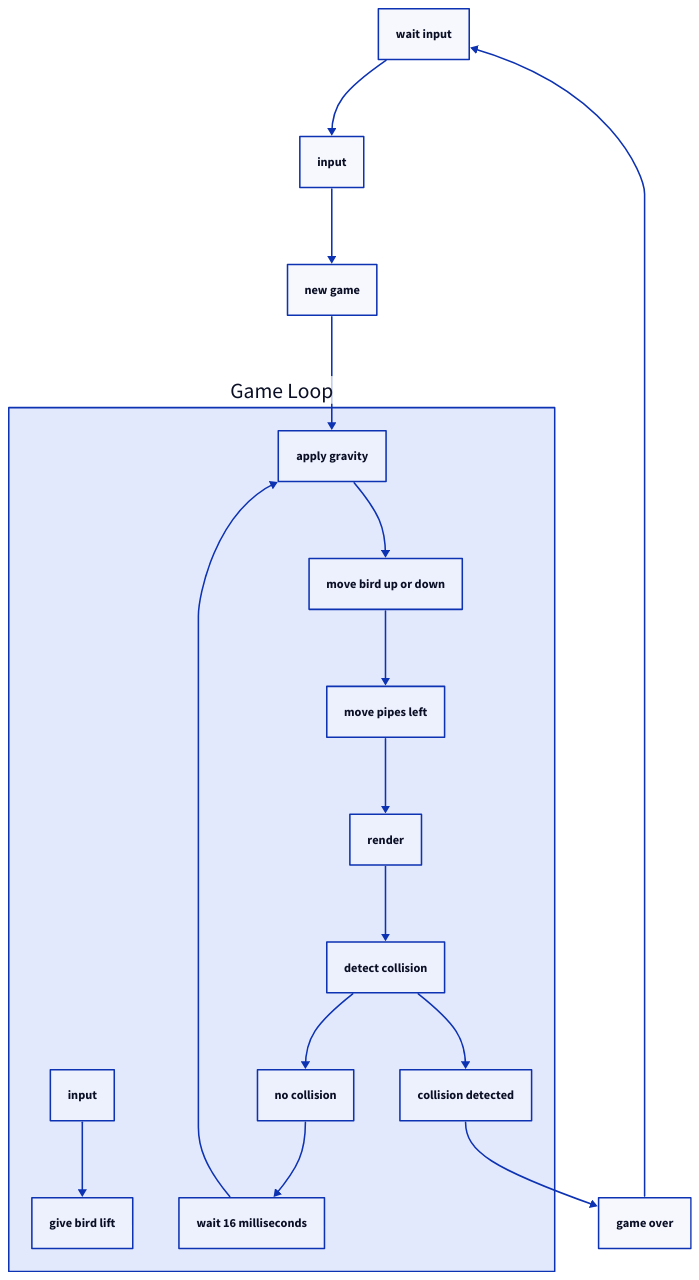
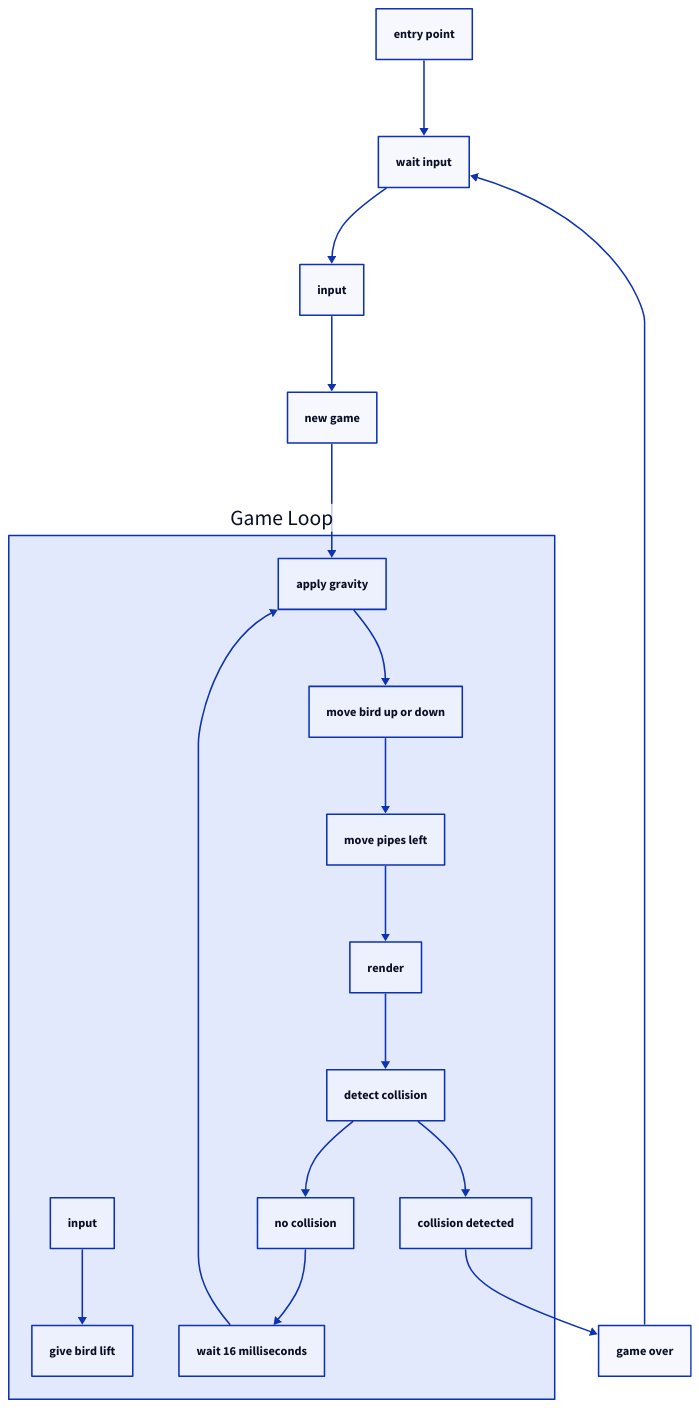
The diagram in pres/game-loop.d2 (nhooyr/flappybird), drawn with D2 before and after one commit. The commit also changed 6 other files, not shown here.

```diff
--- a/pres/game-loop.d2
+++ b/pres/game-loop.d2
@@ -1,15 +1,15 @@
 # This game loop is a simplified overview and inaccurate of certain
 # details of the actual game loop.
 
-wait input -> input -> new game -> Game Loop.apply gravity
+entry point -> wait input -> input -> new game -> Game Loop.apply gravity
 
 Game Loop: {
   input -> give bird lift
 
   apply gravity -> move bird up or down -> move pipes left -> render -> detect collision
 
   detect collision -> no collision -> wait 16 milliseconds -> apply gravity
   detect collision -> collision detected -> _.game over
 }
 
 game over -> wait input
```
